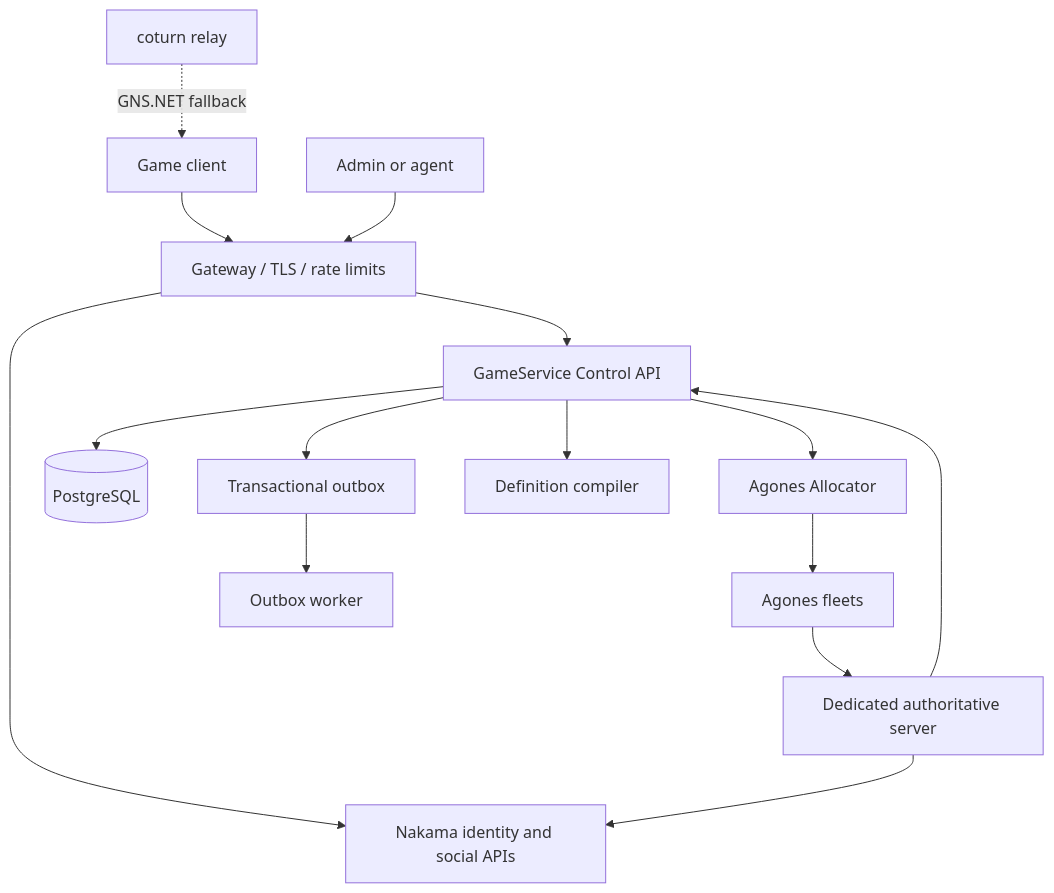
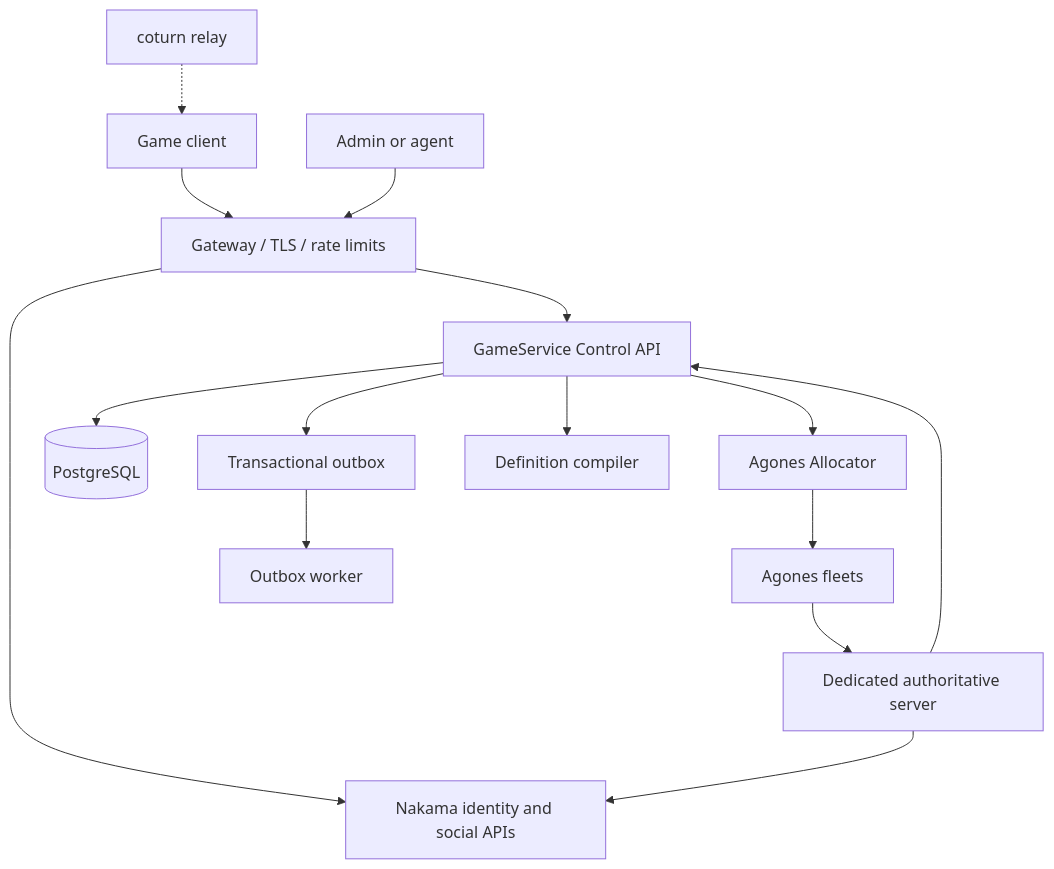
The diagram in README.md (Dankular/GS), drawn with Mermaid before and after one commit. The commit also changed other lines of this file and 4 other files, not shown here.

````diff
--- a/README.md
+++ b/README.md
@@ -50,17 +50,17 @@
 ```mermaid
 flowchart TB
     Client[Game client] --> Edge[Gateway / TLS / rate limits]
     Admin[Admin or agent] --> Edge
     Edge --> Nakama[Nakama identity and social APIs]
     Edge --> API[GameService Control API]
     API --> DB[(PostgreSQL)]
     API --> Outbox[Transactional outbox]
     Outbox --> Worker[Outbox worker]
     API --> Compiler[Definition compiler]
     API --> Allocator[Agones Allocator]
     Allocator --> Fleet[Agones fleets]
     Fleet --> Server[Dedicated authoritative server]
     Server --> Nakama
     Server --> API
-    Relay[coturn relay] -.->|GNS.NET fallback| Client
+    Relay["coturn relay"] -.-> Client
 ```
````
